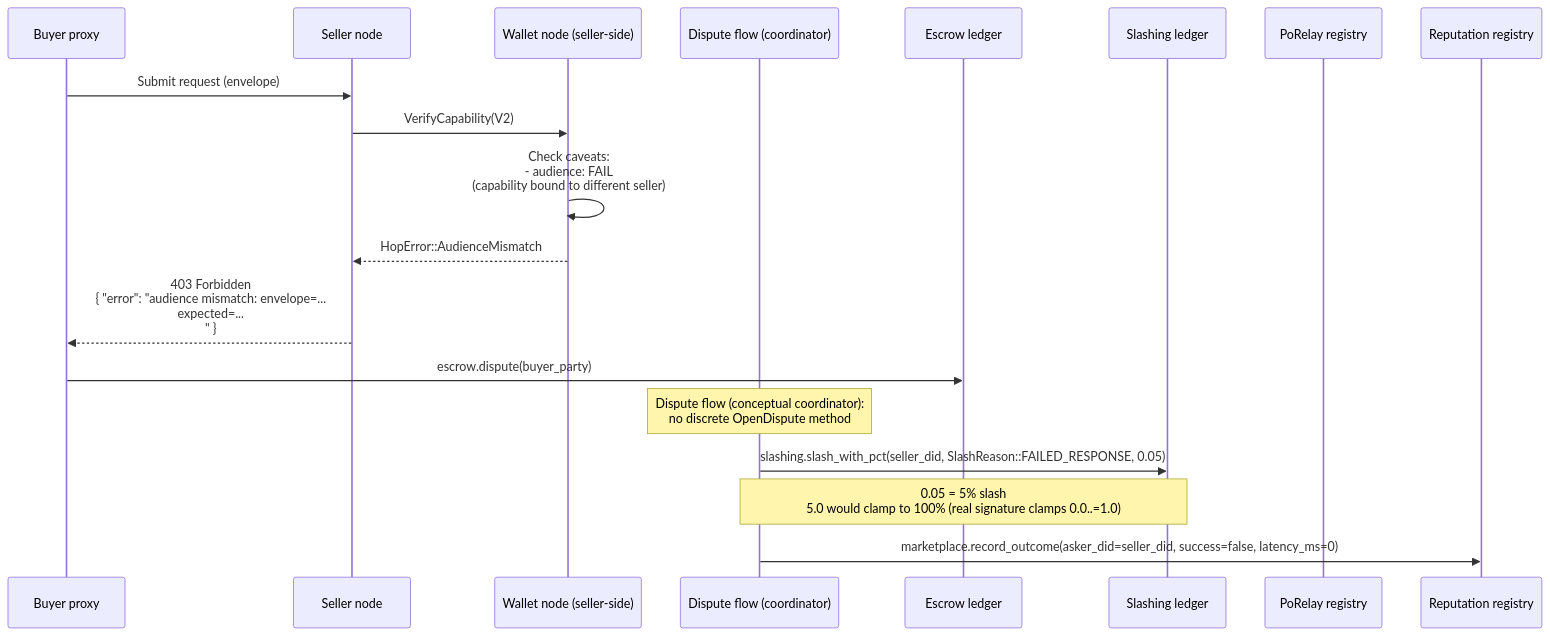
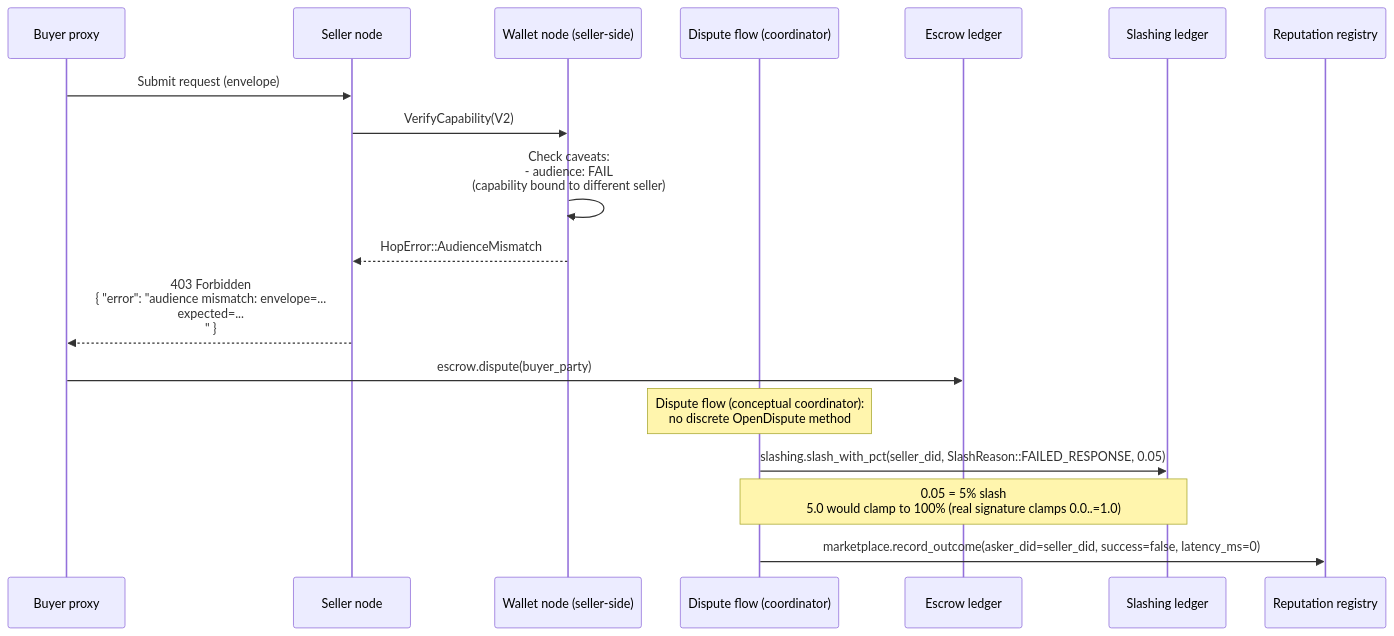
Before and after one commit to CipherOcto/cipherocto: diagram 13 of 14 in docs/architecture/end-to-end-scenarios.md, drawn with Mermaid. The commit also changed other lines of this file, not shown here.

First line of the commit message:
docs(architecture): round 8 review fixes (cents→micro_octo_w, TrustRegistry, MaxPerTx tuple, markdown)

````diff
--- a/docs/architecture/end-to-end-scenarios.md
+++ b/docs/architecture/end-to-end-scenarios.md
@@ -571,23 +572,22 @@
 ```mermaid
 sequenceDiagram
     participant P0 as Buyer proxy
     participant SN as Seller node
     participant W as Wallet node (seller-side)
     participant D as Dispute flow (coordinator)
     participant E as Escrow ledger
     participant SL as Slashing ledger
-    participant ST as PoRelay registry
     participant RR as Reputation registry
 
     P0->>SN: Submit request (envelope)
     SN->>W: VerifyCapability(V2)
     W->>W: Check caveats:<br/>  - audience: FAIL<br/>(capability bound to different seller)
     W-->>SN: HopError::AudienceMismatch
     SN-->>P0: 403 Forbidden<br/>{ "error": "audience mismatch: envelope=...<br/>  expected=...<br/>" }
 
     P0->>E: escrow.dispute(buyer_party)
     Note over D: Dispute flow (conceptual coordinator):<br/>no discrete OpenDispute method
     D->>SL: slashing.slash_with_pct(seller_did, SlashReason::FAILED_RESPONSE, 0.05)
     Note over D,SL: 0.05 = 5% slash<br/>5.0 would clamp to 100% (real signature clamps 0.0..=1.0)
     D->>RR: marketplace.record_outcome(asker_did=seller_did, success=false, latency_ms=0)
 ```
````
